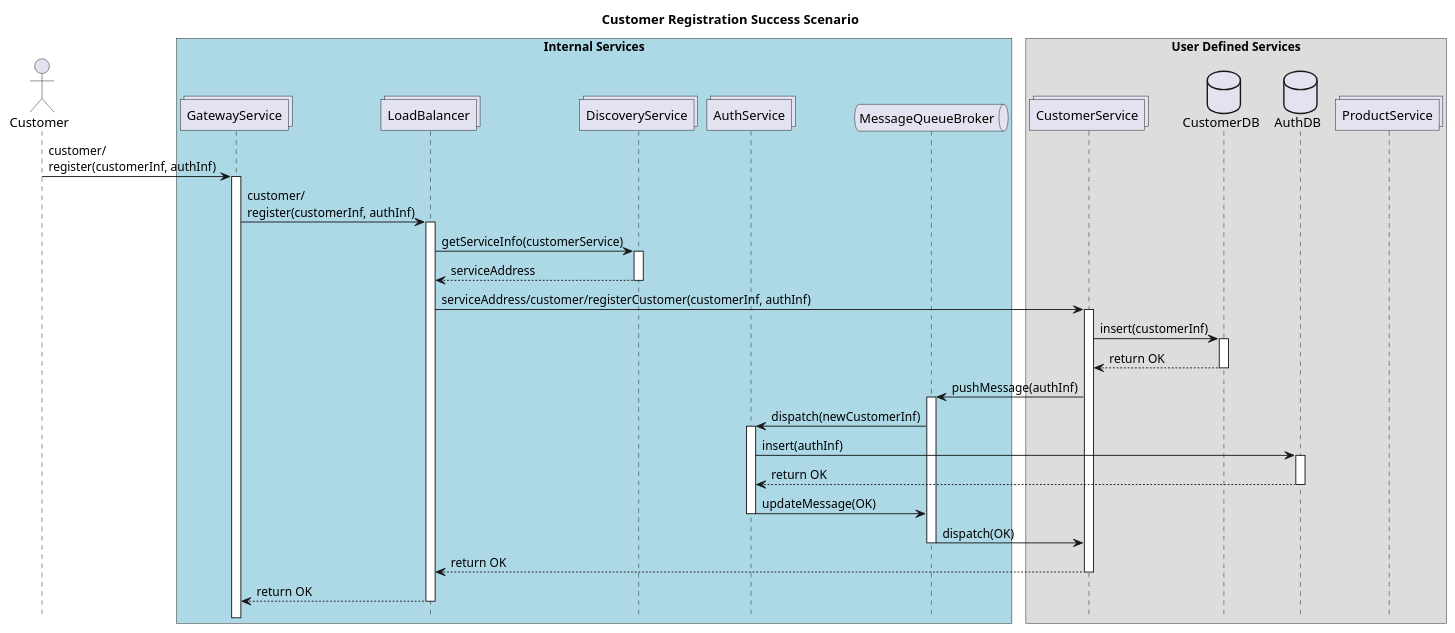
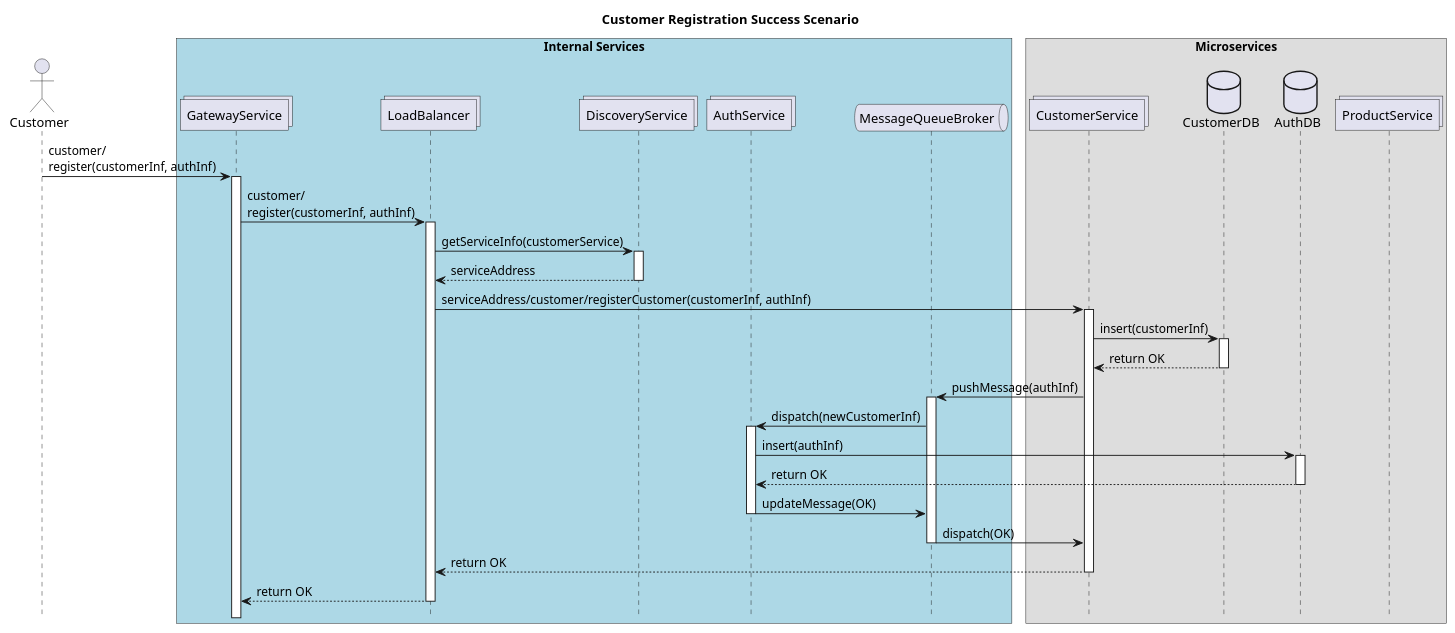
The diagram in 03 Client Registration Success.wsd (naimyurek/microblockthesis), drawn with PlantUML before and after one commit. The commit also changed 5 other files, not shown here.

```diff
--- a/03 Client Registration Success.wsd
+++ b/03 Client Registration Success.wsd
@@ -1,41 +1,41 @@
 @startuml CustomerRegistrationScenario
 !pragma teoz true
 
 title "Customer Registration Success Scenario"
 
 hide footbox
 actor Customer
 
 
 box "Internal Services" #LightBlue
 collections GatewayService
 collections LoadBalancer
 collections DiscoveryService
 collections AuthService
 queue MessageQueueBroker
 end box
 
-box "User Defined Services"
+box "Microservices"
 collections CustomerService
 database CustomerDB
 database AuthDB
 collections ProductService
 end box
 
 Customer -> GatewayService ++ : customer/\nregister(customerInf, authInf)
 GatewayService -> LoadBalancer ++ : customer/\nregister(customerInf, authInf)
 LoadBalancer -> DiscoveryService ++ : getServiceInfo(customerService)
 return serviceAddress 
 LoadBalancer -> CustomerService ++ : serviceAddress/customer/registerCustomer(customerInf, authInf)
 CustomerService -> CustomerDB ++: insert(customerInf)
 return return OK 
 CustomerService -> MessageQueueBroker ++ : pushMessage(authInf)
 MessageQueueBroker -> AuthService ++ : dispatch(newCustomerInf)
 AuthService -> AuthDB ++ : insert(authInf)
 return return OK 
 AuthService -> MessageQueueBroker -- : updateMessage(OK)
 MessageQueueBroker -> CustomerService -- : dispatch(OK)
 return return OK 
 return return OK 
 
 @enduml
```
